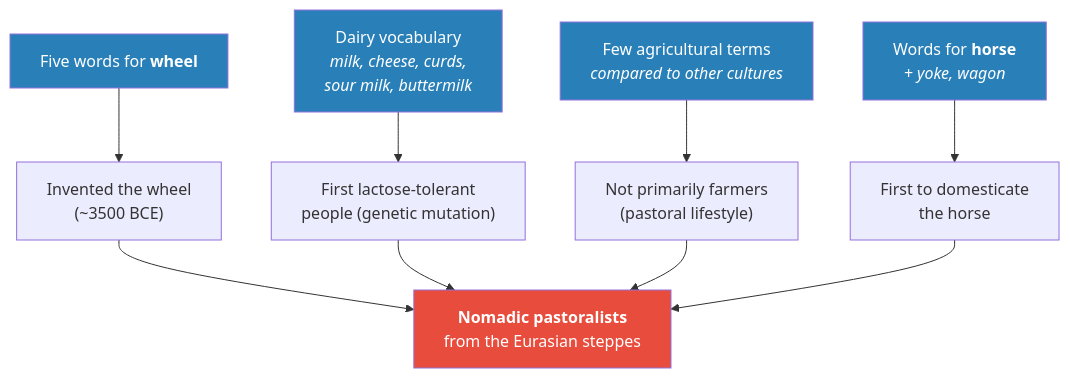
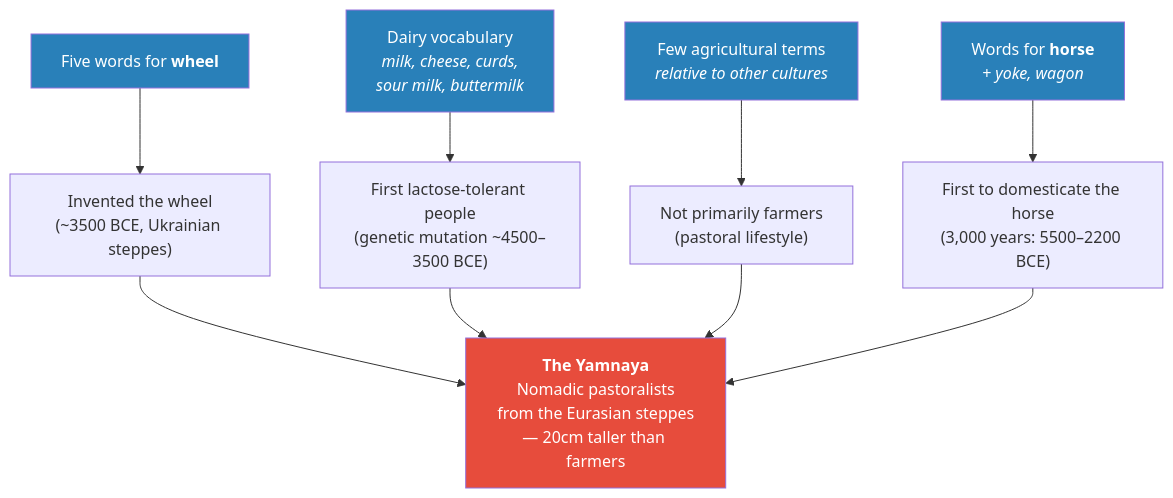
One commit to alius33/reader changed the second of 8 diagrams in summaries/Lectures/Civilization/04 - The Paradise Lost of Marija Gimbutas.md. Above: the diagram before and after it, drawn with Mermaid. The commit also changed other lines of this file and 26 other files, not shown here.

````diff
--- a/summaries/Lectures/Civilization/04 - The Paradise Lost of Marija Gimbutas.md
+++ b/summaries/Lectures/Civilization/04 - The Paradise Lost of Marija Gimbutas.md
@@ -117,16 +112,16 @@
 ```mermaid
 flowchart TB
-    V1["Five words for <b>wheel</b>"] --> D1["Invented the wheel<br/>(~3500 BCE)"]
-    V2["Dairy vocabulary<br/><i>milk, cheese, curds,<br/>sour milk, buttermilk</i>"] --> D2["First lactose-tolerant<br/>people (genetic mutation)"]
-    V3["Few agricultural terms<br/><i>compared to other cultures</i>"] --> D3["Not primarily farmers<br/>(pastoral lifestyle)"]
-    V4["Words for <b>horse</b><br/><i>+ yoke, wagon</i>"] --> D4["First to domesticate<br/>the horse"]
-    D1 --> PROFILE["<b>Nomadic pastoralists</b><br/>from the Eurasian steppes"]
+    V1["Five words for <b>wheel</b>"] --> D1["Invented the wheel<br/>(~3500 BCE, Ukrainian steppes)"]
+    V2["Dairy vocabulary<br/><i>milk, cheese, curds,<br/>sour milk, buttermilk</i>"] --> D2["First lactose-tolerant people<br/>(genetic mutation ~4500–3500 BCE)"]
+    V3["Few agricultural terms<br/><i>relative to other cultures</i>"] --> D3["Not primarily farmers<br/>(pastoral lifestyle)"]
+    V4["Words for <b>horse</b><br/><i>+ yoke, wagon</i>"] --> D4["First to domesticate the horse<br/>(3,000 years: 5500–2200 BCE)"]
+    D1 --> PROFILE["<b>The Yamnaya</b><br/>Nomadic pastoralists<br/>from the Eurasian steppes<br/>— 20cm taller than farmers"]
     D2 --> PROFILE
     D3 --> PROFILE
     D4 --> PROFILE
     style PROFILE fill:#e74c3c,color:#fff
     style V1 fill:#2980b9,color:#fff
     style V2 fill:#2980b9,color:#fff
     style V3 fill:#2980b9,color:#fff
     style V4 fill:#2980b9,color:#fff
 ```
````
